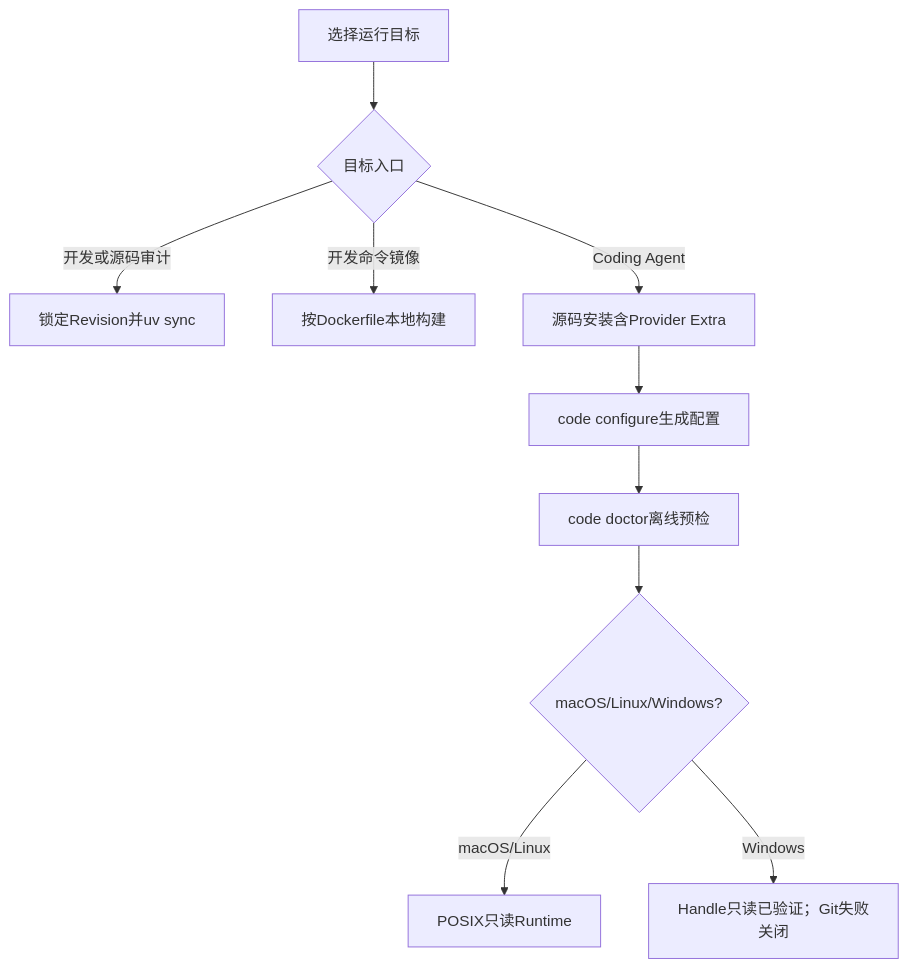
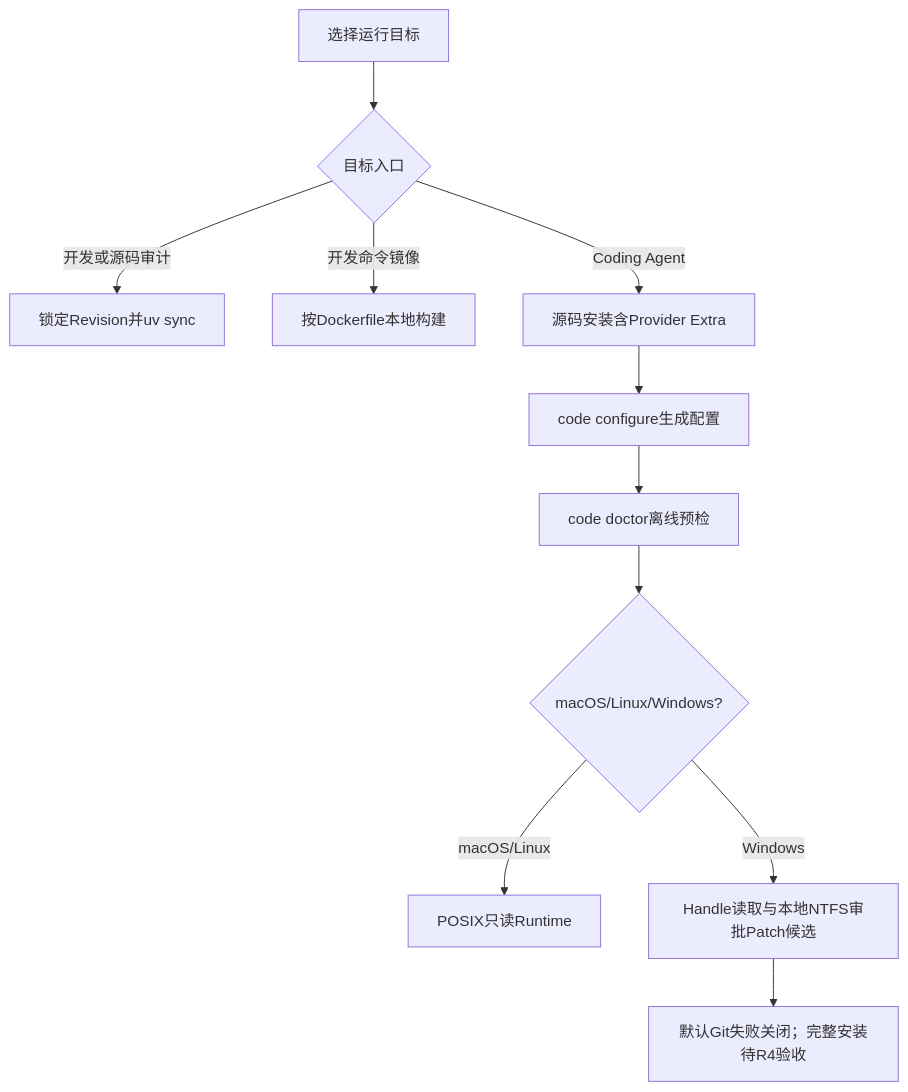
One commit to carrie1988/Harnessix changed the diagram in docs/operations/installation.md. Above: the diagram before and after it, drawn with Mermaid. The commit also changed other lines of this file and 43 other files, not shown here.

````diff
--- a/docs/operations/installation.md
+++ b/docs/operations/installation.md
@@ -55,12 +57,13 @@
 ```mermaid
 flowchart TD
     Start[选择运行目标] --> Product{目标入口}
     Product -- 开发或源码审计 --> Source[锁定Revision并uv sync]
     Product -- 开发命令镜像 --> Image[按Dockerfile本地构建]
     Product -- Coding Agent --> Agent[源码安装含Provider Extra]
     Agent --> Configure[code configure生成配置]
     Configure --> Diagnose[code doctor离线预检]
     Diagnose --> Platform{macOS/Linux/Windows?}
     Platform -- macOS/Linux --> Posix[POSIX只读Runtime]
-    Platform -- Windows --> Win[Handle只读已验证；Git失败关闭]
+    Platform -- Windows --> Win[Handle读取与本地NTFS审批Patch候选]
+    Win --> GitGate[默认Git失败关闭；完整安装待R4验收]
 ```
````
